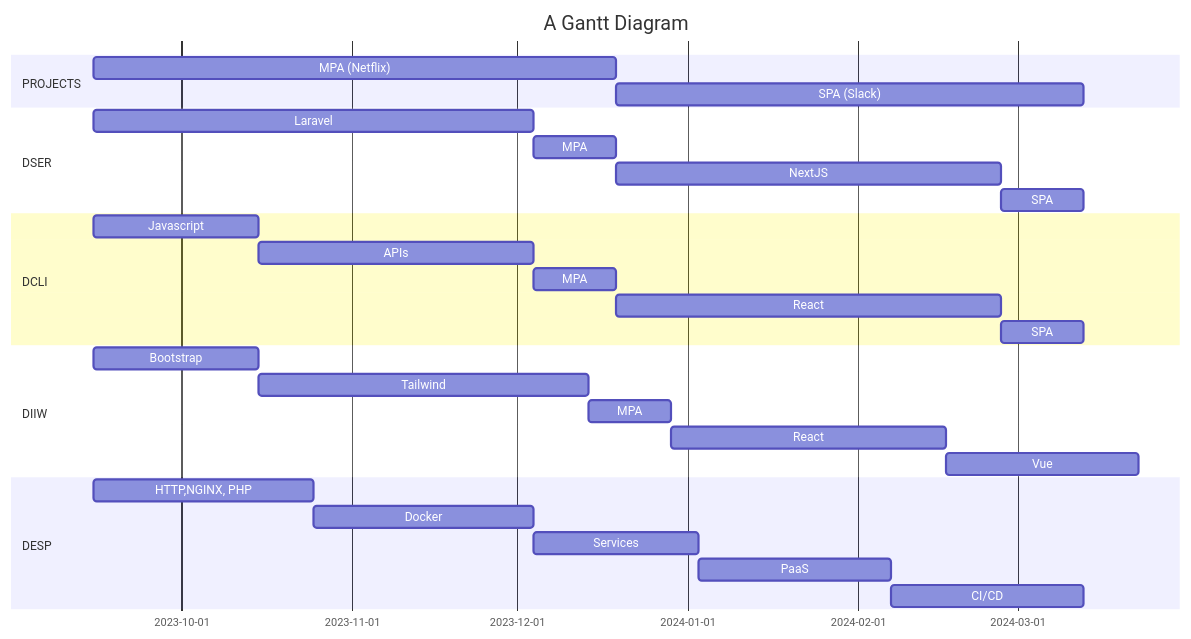
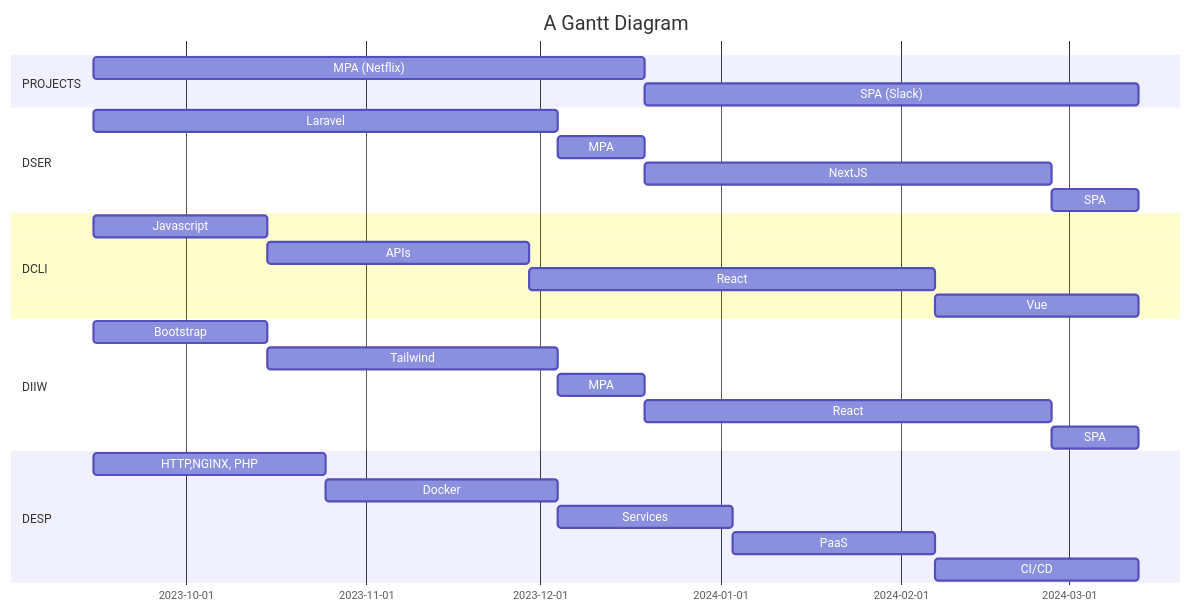
Before and after one commit to benigaslo/plans: the diagram in DAW.md, drawn with Mermaid.

````diff
--- a/DAW.md
+++ b/DAW.md
@@ -3,39 +3,38 @@
 ```mermaid
 gantt
     title A Gantt Diagram
     
     dateFormat  YYYY-MM-DD
     
     section PROJECTS 
     MPA (Netflix)    :mpa1, 2023-09-15, 95d
     SPA (Slack)      :spa1, after mpa1, 85d
 
     section DSER
     Laravel          :dser1, 2023-09-15, 80d
     MPA              :dser2, after dser1, 15d
     NextJS           :dser3, after dser2, 70d
     SPA              :dser4, after dser3, 15d
 
     section DCLI
     Javascript       :dcli1, 2023-09-15, 30d
-    APIs             :dcli2, after dcli1, 50d
-    MPA              :dcli3, after dcli2, 15d          
-    React            :dcli4, after dcli3, 70d
-    SPA              :dcli5, after dcli4, 15d          
+    APIs             :dcli2, after dcli1, 45d
+    React            :dcli3, after dcli2, 70d
+    Vue              :dcli4, after dcli3, 35d          
 
     section DIIW
     Bootstrap        :diiw1, 2023-09-15, 30d
-    Tailwind         :diiw2, after diiw1, 60d
+    Tailwind         :diiw2, after diiw1, 50d
     MPA              :diiw3, after diiw2, 15d
-    React            :diiw4, after diiw3, 50d
-    Vue              :diiw5, after diiw4, 35d
+    React            :diiw4, after diiw3, 70d
+    SPA              :dser4, after dser3, 15d
 
     section DESP
     HTTP,NGINX, PHP  :desp1, 2023-09-15, 40d
     Docker           :desp2, after desp1, 40d
     Services         :desp3, after desp2, 30d
     PaaS             :desp4, after desp3, 35d
     CI/CD            :desp5, after desp4, 35d
 
 
 ```
````
